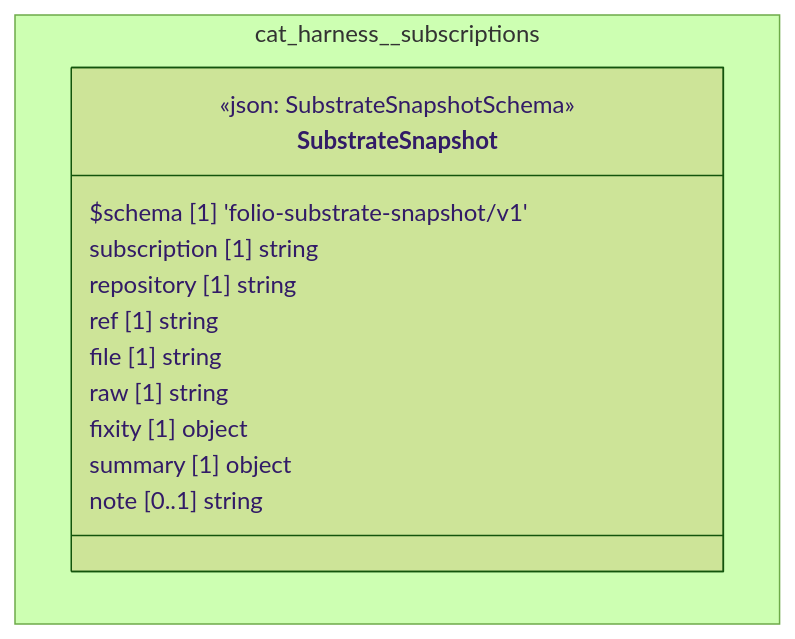
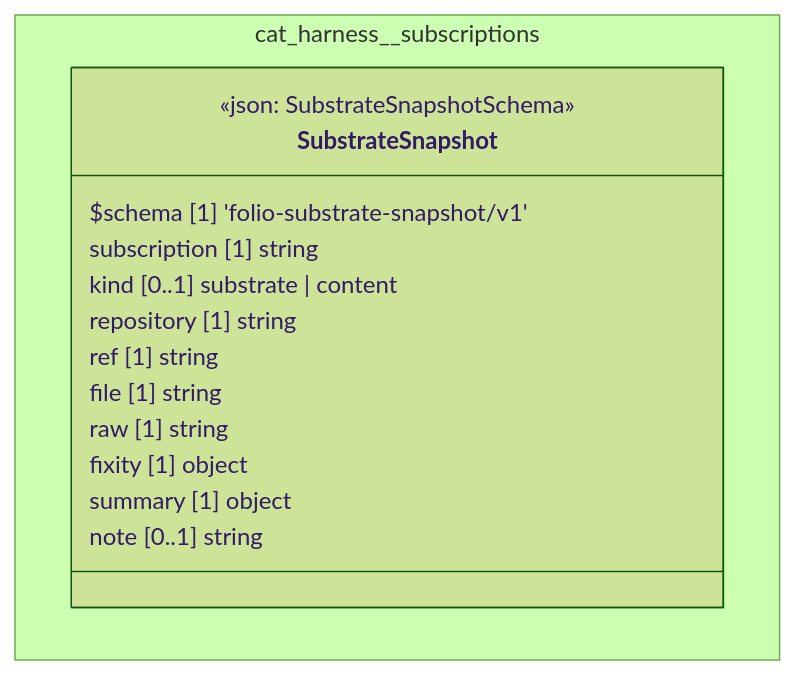
Before and after one commit to litlfred/folio-assistant: the diagram in cat-harness/docs/uml/overview/cat-harness/subscriptions.md, drawn with Mermaid (forest theme). The commit also changed 39 other files, not shown here.

First line of the commit message:
kg:subscribe: accept a content-only Knowledge Graph as its own kind (owner, 2026-10-06)

````diff
--- a/cat-harness/docs/uml/overview/cat-harness/subscriptions.md
+++ b/cat-harness/docs/uml/overview/cat-harness/subscriptions.md
@@ -42,19 +42,20 @@
 ```mermaid
 classDiagram
   direction TB
   namespace cat_harness__subscriptions {
     class cat_harness_subscriptions_SubstrateSnapshot["SubstrateSnapshot"] {
       <<json: SubstrateSnapshotSchema>>
       $schema [1] 'folio-substrate-snapshot/v1'
       subscription [1] string
+      kind [0..1] substrate | content
       repository [1] string
       ref [1] string
       file [1] string
       raw [1] string
       fixity [1] object
       summary [1] object
       note [0..1] string
     }
   }
   cssClass "cat_harness_subscriptions_SubstrateSnapshot" fa_uml_kind_substrate_snapshot
 ```
````
